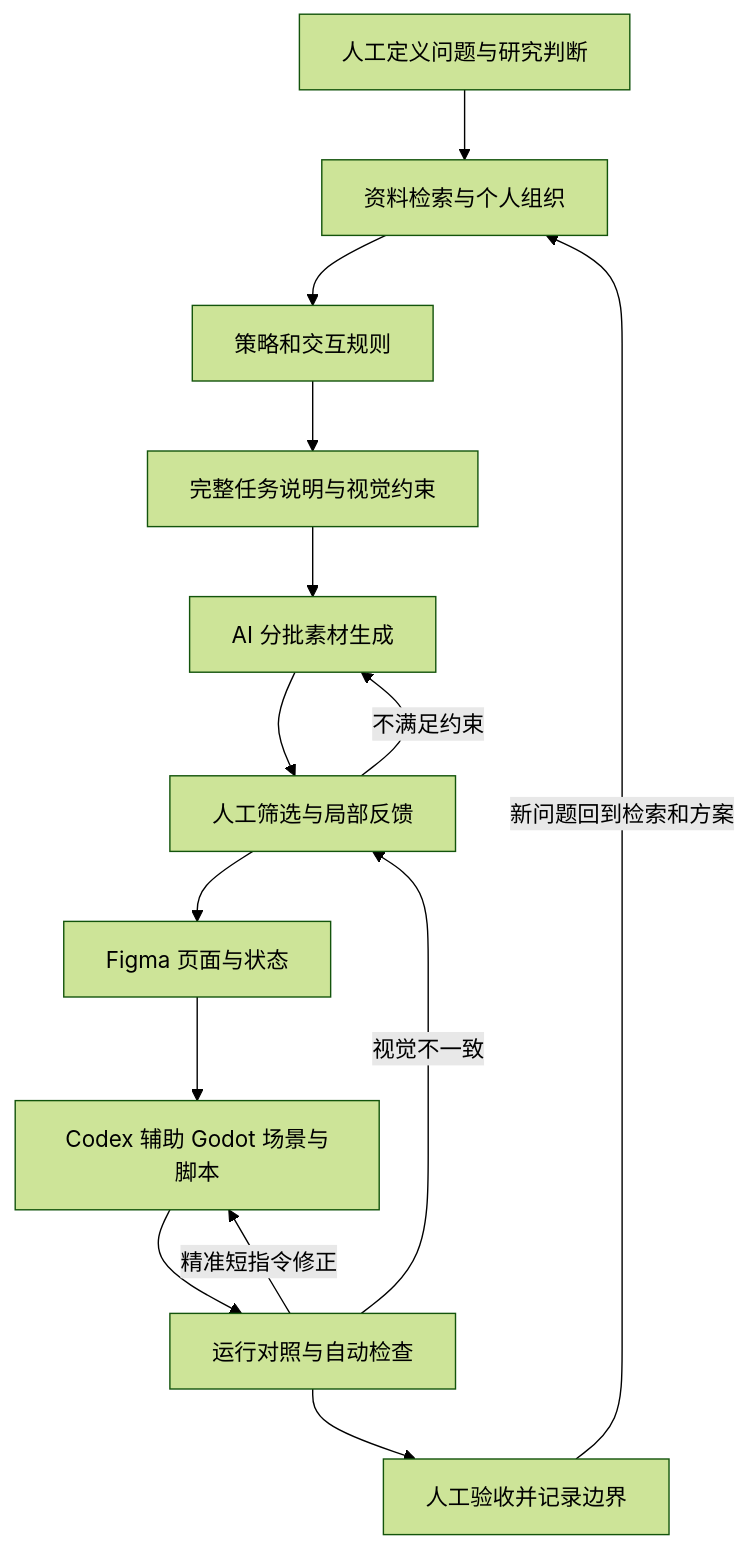
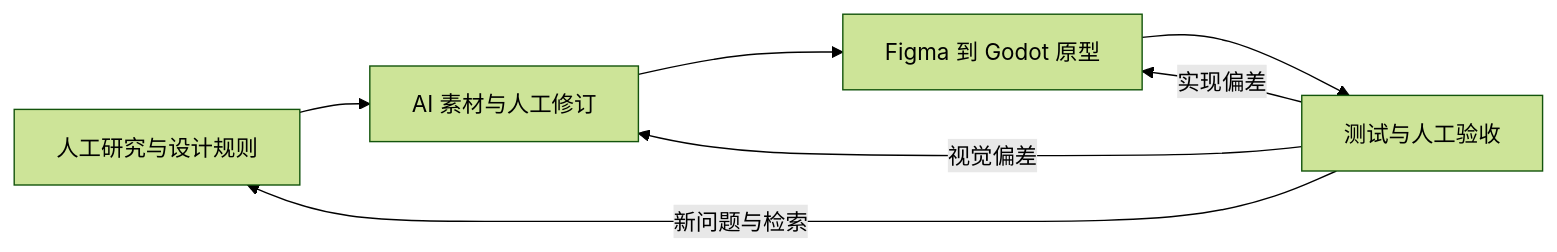
Before and after one commit to Zhiyuan-Xiong/fandazi: the second of 2 diagrams in README.md, drawn with Mermaid (forest theme). The commit also changed 5 other files, not shown here.

Commit message:
记录在线发布与远端克隆验证，精简总流程图

````diff
--- a/README.md
+++ b/README.md
@@ -50,16 +50,9 @@
 ```mermaid
-flowchart TD
- A[人工定义问题与研究判断] --> B[资料检索与个人组织]
- B --> C[策略和交互规则]
- C --> D[完整任务说明与视觉约束]
- D --> E[AI 分批素材生成]
- E --> F[人工筛选与局部反馈]
- F -->|不满足约束| E
- F --> G[Figma 页面与状态]
- G --> H[Codex 辅助 Godot 场景与脚本]
- H --> I[运行对照与自动检查]
- I -->|精准短指令修正| H
- I -->|视觉不一致| F
- I --> J[人工验收并记录边界]
- J -->|新问题回到检索和方案| B
+flowchart LR
+ A[人工研究与设计规则] --> B[AI 素材与人工修订]
+ B --> C[Figma 到 Godot 原型]
+ C --> D[测试与人工验收]
+ D -->|实现偏差| C
+ D -->|视觉偏差| B
+ D -->|新问题与检索| A
 ```
````
